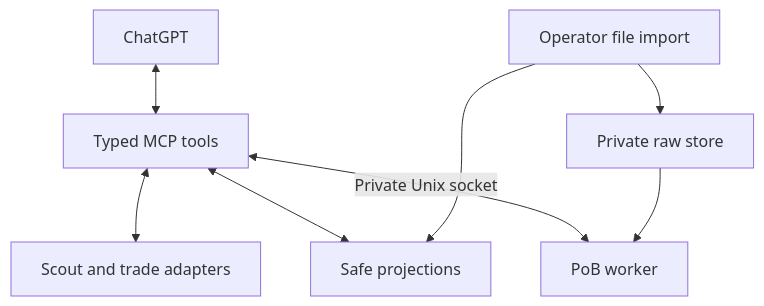
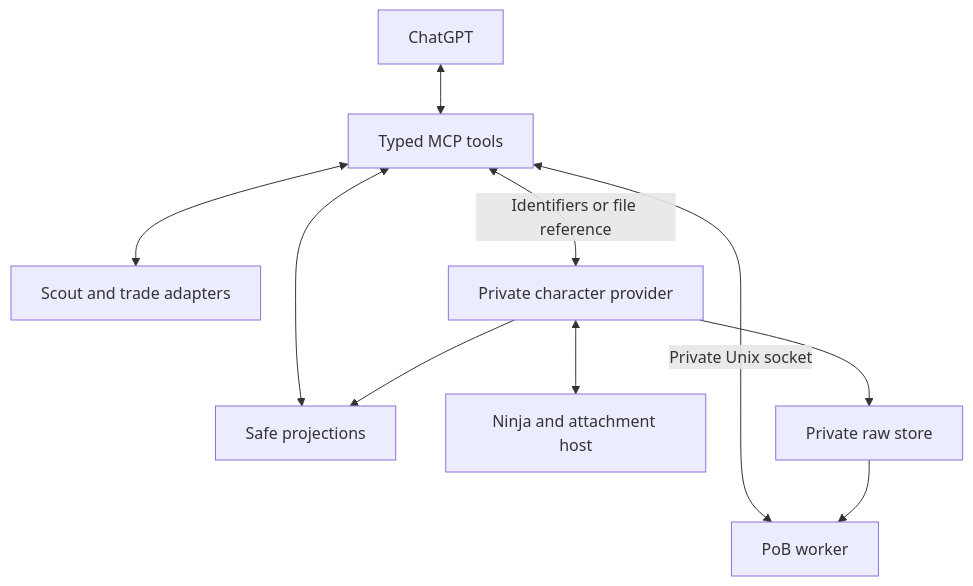
Before and after one commit to Dev-Jahn/poe2-gpt: the diagram in docs/architecture.md, drawn with Mermaid. The commit also changed other lines of this file and 34 other files, not shown here.

First line of the commit message:
Add private character lookup and ChatGPT attachment imports (0.7.0)

````diff
--- a/docs/architecture.md
+++ b/docs/architecture.md
@@ -3,10 +3,12 @@
 ```mermaid
 flowchart TD
     C["ChatGPT"] <--> M["Typed MCP tools"]
     M <--> S["Scout and trade adapters"]
     M <--> P["Safe projections"]
     M <-->|"Private Unix socket"| W["PoB worker"]
-    O["Operator file import"] --> R["Private raw store"]
+    M <-->|"Identifiers or file reference"| O["Private character provider"]
+    O <--> N["Ninja and attachment host"]
+    O --> R["Private raw store"]
     O --> P
     R --> W
 ```
````
